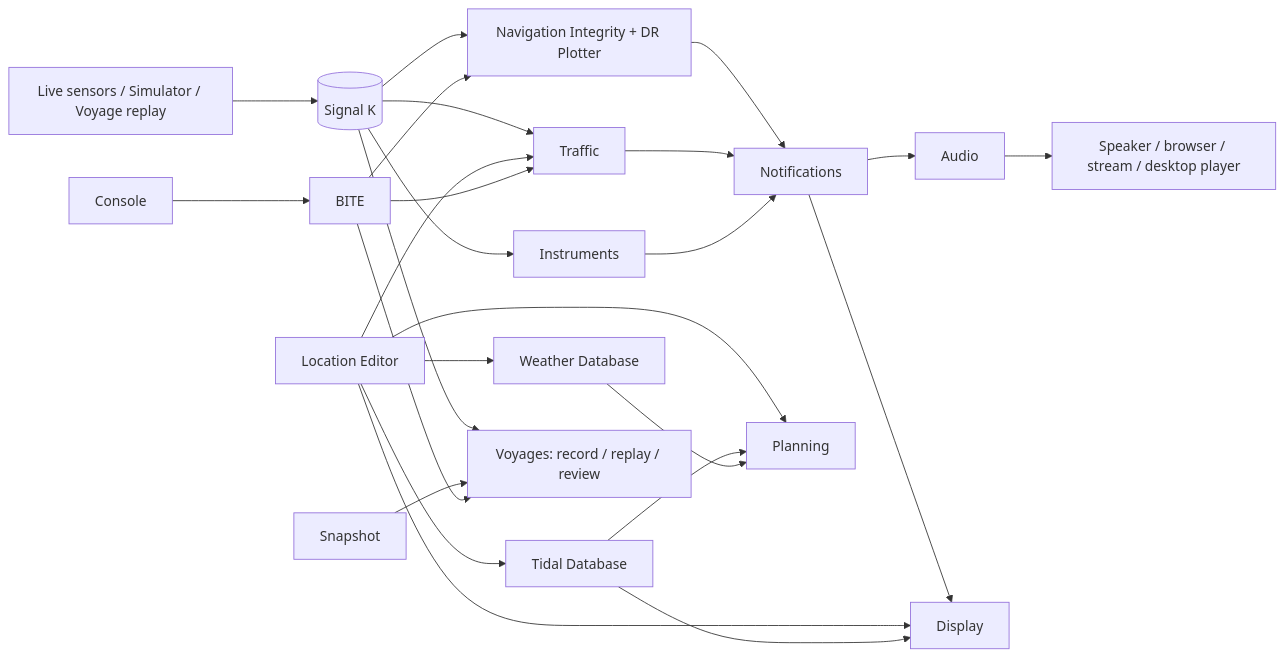
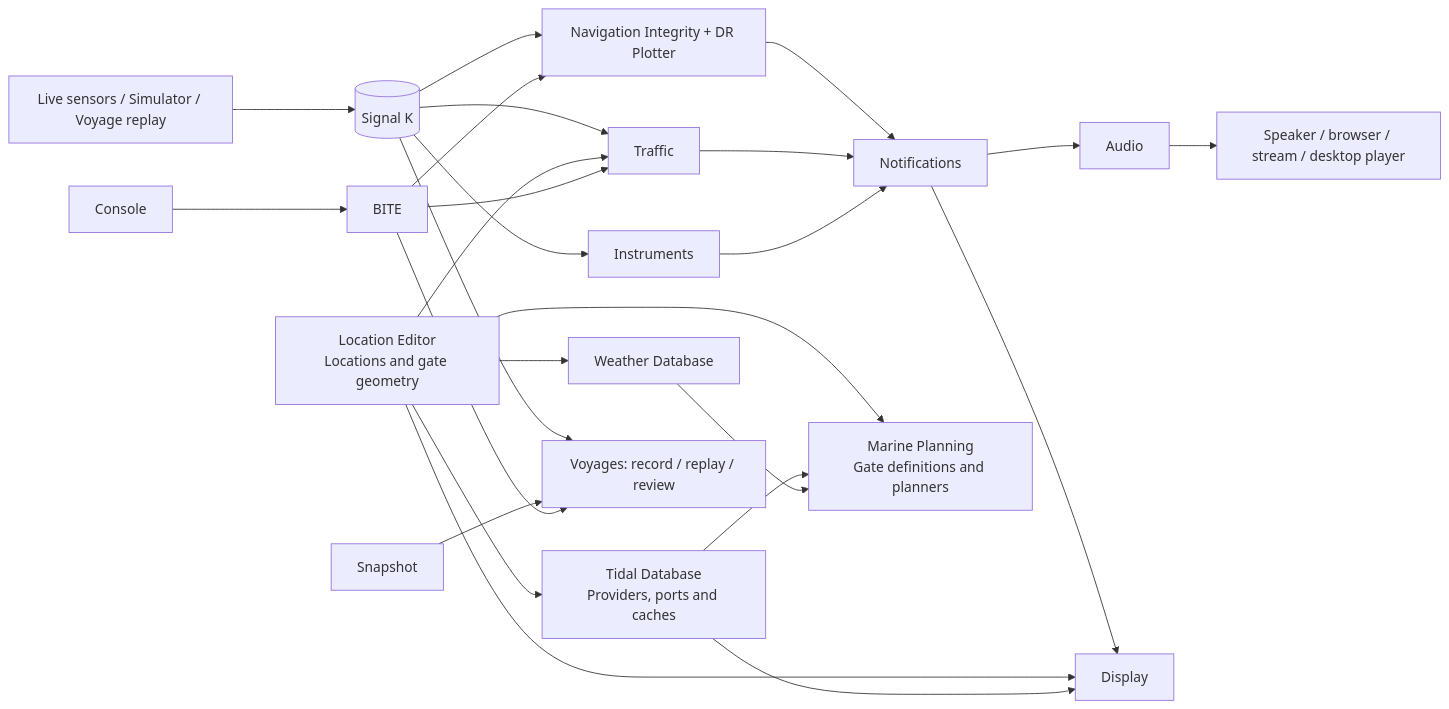
The diagram in docs/diagrams/target-architecture.mmd (ajrm-marine-suite/ajrm-marine-architecture), drawn with Mermaid before and after one commit. The commit also changed 5 other files, not shown here.

Commit message:
Document Planning-owned tidal gates

```diff
--- a/docs/diagrams/target-architecture.mmd
+++ b/docs/diagrams/target-architecture.mmd
@@ -1,27 +1,27 @@
 flowchart LR
   Inputs["Live sensors / Simulator / Voyage replay"] --> SK[(Signal K)]
   SK --> Navigation["Navigation Integrity + DR Plotter"]
   SK --> Traffic
   SK --> Instruments
   Navigation --> Notifications
   Traffic --> Notifications
   Instruments --> Notifications
   Notifications --> Audio
   Notifications --> Display
   Audio --> Outputs["Speaker / browser / stream / desktop player"]
 
-  Locations["Location Editor"] --> Tides["Tidal Database"]
+  Locations["Location Editor<br/>Locations and gate geometry"] --> Tides["Tidal Database<br/>Providers, ports and caches"]
   Locations --> Weather["Weather Database"]
   Locations --> Traffic
   Locations --> Display
-  Locations --> Planning
+  Locations --> Planning["Marine Planning<br/>Gate definitions and planners"]
   Tides --> Display
   Tides --> Planning
   Weather --> Planning
 
   SK --> Voyages["Voyages: record / replay / review"]
   Snapshot --> Voyages
   Console --> BITE
   BITE --> Traffic
   BITE --> Navigation
   BITE --> Voyages
```
